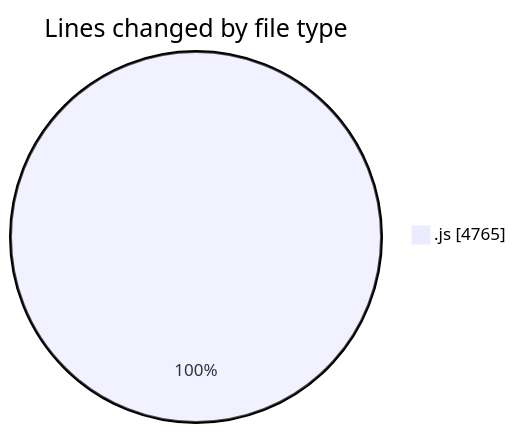
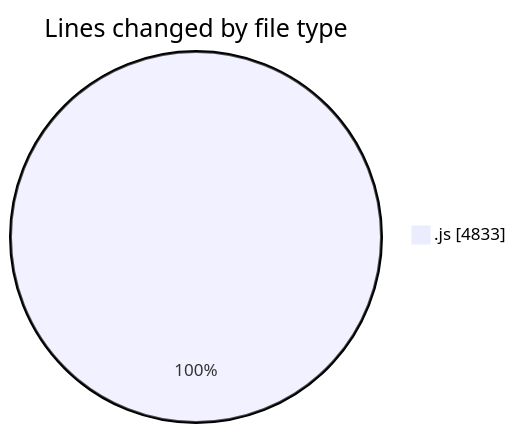
One commit to nxtqubesakshisongat/code-tracking changed the first of 2 diagrams in 2025-09-02/nxtqube_webapp/README.md. Above: the diagram before and after it, drawn with Mermaid. The commit also changed other lines of this file and 1 other file, not shown here.

````diff
--- a/2025-09-02/nxtqube_webapp/README.md
+++ b/2025-09-02/nxtqube_webapp/README.md
@@ -20,5 +20,5 @@
 ```mermaid
 pie showData
 title Lines changed by file type
-".js" : 4765
+".js" : 4833
 ```
````
